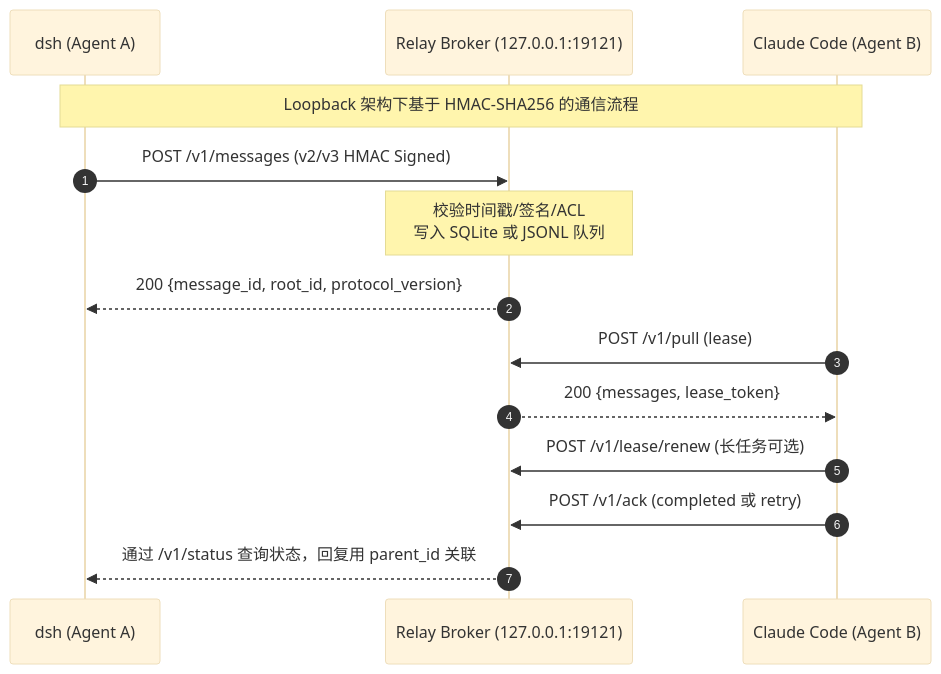
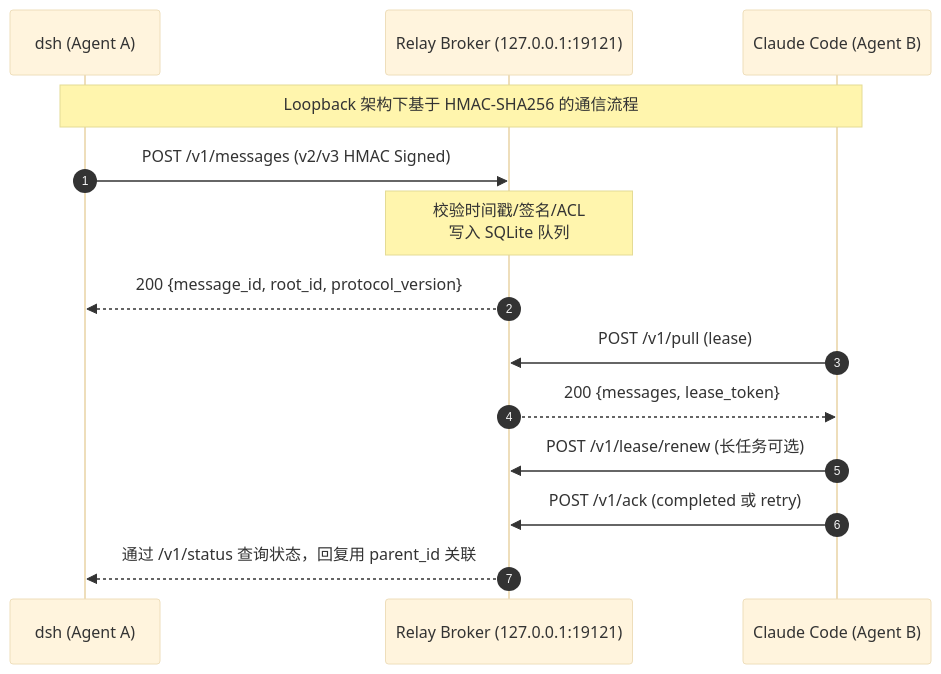
One commit to Noelune/dsh-agent-relay changed the first of 2 diagrams in README.zh.md. Above: the diagram before and after it, drawn with Mermaid (base theme). The commit also changed other lines of this file and 50 other files, not shown here.

````diff
--- a/README.zh.md
+++ b/README.zh.md
@@ -61,17 +61,17 @@
 ```mermaid
 sequenceDiagram
     autonumber
     participant D as dsh (Agent A)
     participant B as Relay Broker (127.0.0.1:19121)
     participant C as Claude Code (Agent B)
 
     Note over D,C: Loopback 架构下基于 HMAC-SHA256 的通信流程
     D->>B: POST /v1/messages (v2/v3 HMAC Signed)
-    Note over B: 校验时间戳/签名/ACL<br/>写入 SQLite 或 JSONL 队列
+    Note over B: 校验时间戳/签名/ACL<br/>写入 SQLite 队列
     B-->>D: 200 {message_id, root_id, protocol_version}
     C->>B: POST /v1/pull (lease)
     B-->>C: 200 {messages, lease_token}
     C->>B: POST /v1/lease/renew (长任务可选)
     C->>B: POST /v1/ack (completed 或 retry)
     B-->>D: 通过 /v1/status 查询状态，回复用 parent_id 关联
 ```
````
